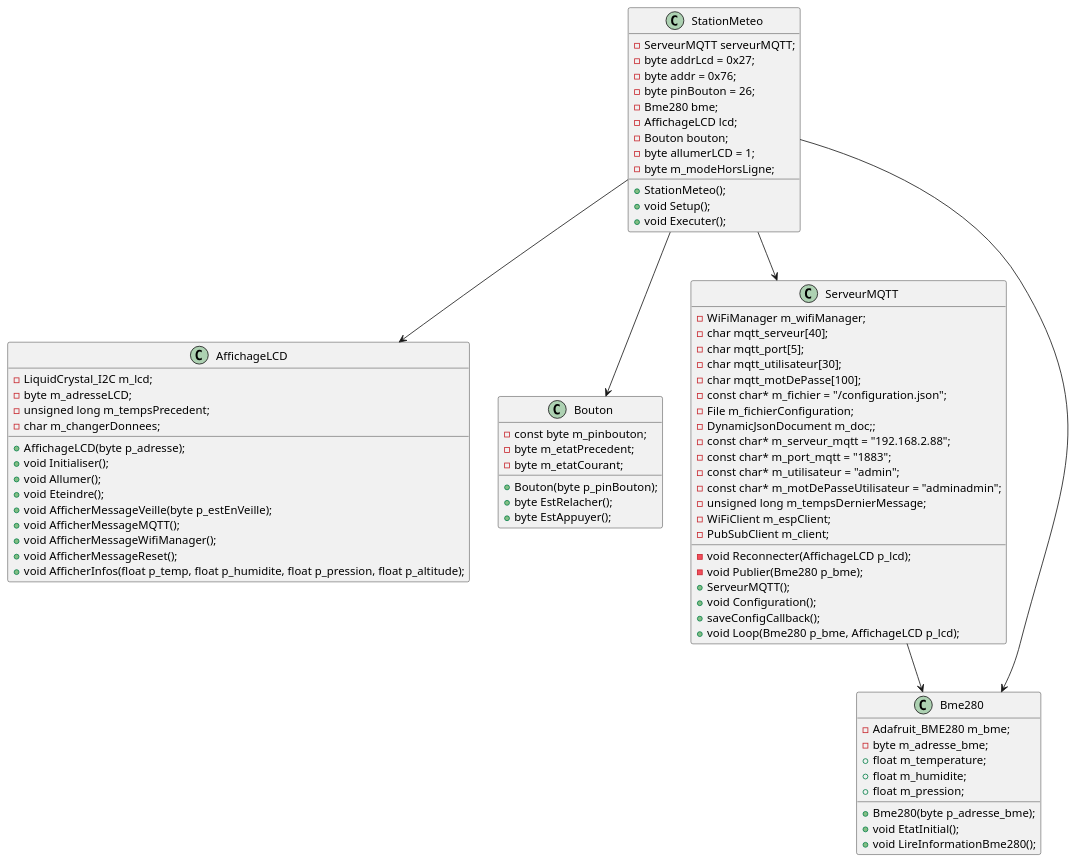
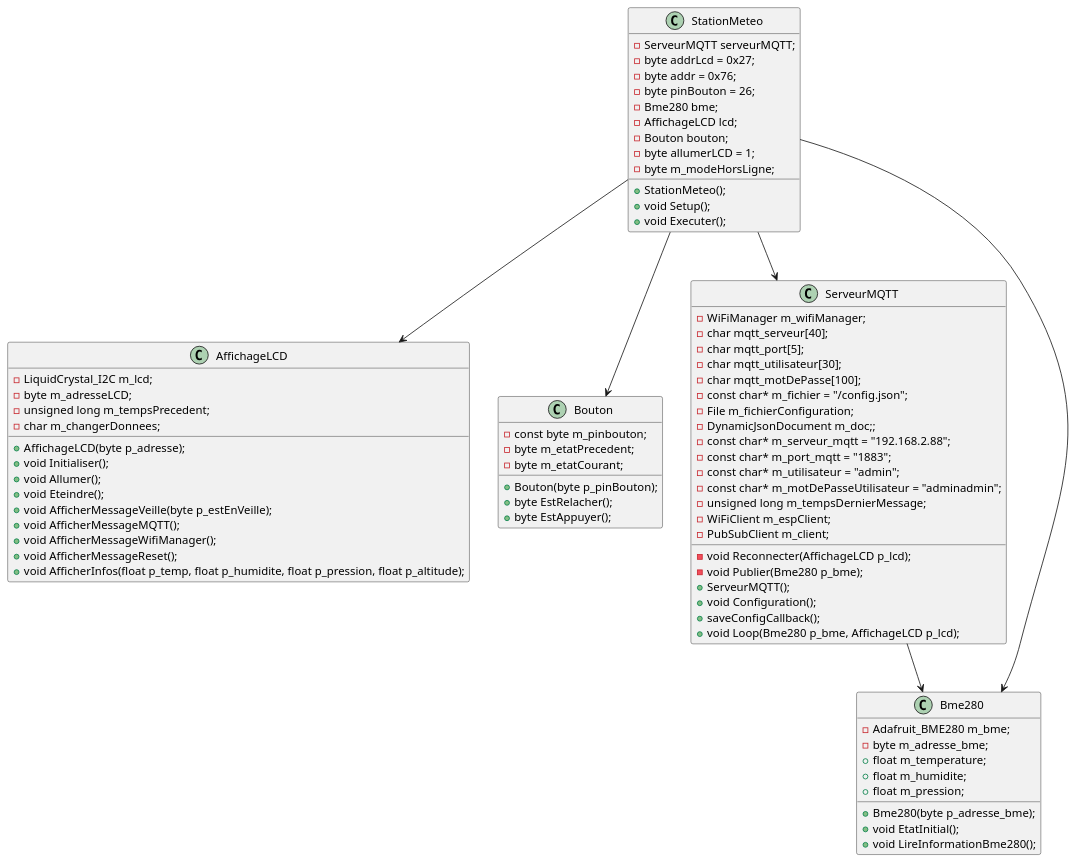
One commit to Keven44977/Station-Meteo-TP3 changed the diagram in DiagrammeDeClasse/DiagrammeStationMeteo.wsd. Above: the diagram before and after it, drawn with PlantUML. The commit also changed 3 other files, not shown here.

Commit message:
modification serveurMQTT pour le fichier config.json

```diff
--- a/DiagrammeDeClasse/DiagrammeStationMeteo.wsd
+++ b/DiagrammeDeClasse/DiagrammeStationMeteo.wsd
@@ -1,88 +1,88 @@
 @startuml StationMeteo
 
 class StationMeteo {
     - ServeurMQTT serveurMQTT;
     - byte addrLcd = 0x27;
     - byte addr = 0x76;
     - byte pinBouton = 26;
     - Bme280 bme;
     - AffichageLCD lcd;
     - Bouton bouton;
     - byte allumerLCD = 1;
     - byte m_modeHorsLigne;
     
     + StationMeteo();
     + void Setup();
     + void Executer();
 }
 
 class Bme280 {
     - Adafruit_BME280 m_bme;
     - byte m_adresse_bme;
     + float m_temperature;
     + float m_humidite;
     + float m_pression;
 
     + Bme280(byte p_adresse_bme);
     + void EtatInitial();
     + void LireInformationBme280();
 }
 
 class AffichageLCD {
     - LiquidCrystal_I2C m_lcd;
     - byte m_adresseLCD;
     - unsigned long m_tempsPrecedent;
     - char m_changerDonnees;
 
     + AffichageLCD(byte p_adresse);
     + void Initialiser();
     + void Allumer();
     + void Eteindre();
     + void AfficherMessageVeille(byte p_estEnVeille);
     + void AfficherMessageMQTT();
     + void AfficherMessageWifiManager();
     + void AfficherMessageReset();
     + void AfficherInfos(float p_temp, float p_humidite, float p_pression, float p_altitude);
 }
 
 class Bouton {
     - const byte m_pinbouton;
     - byte m_etatPrecedent;
     - byte m_etatCourant;
 
     + Bouton(byte p_pinBouton);
     + byte EstRelacher();
     + byte EstAppuyer();
 }
 
 class ServeurMQTT {
     - WiFiManager m_wifiManager;
     - char mqtt_serveur[40];
     - char mqtt_port[5];
     - char mqtt_utilisateur[30];
     - char mqtt_motDePasse[100];
-    - const char* m_fichier = "/configuration.json";
+    - const char* m_fichier = "/config.json";
     - File m_fichierConfiguration;
     - DynamicJsonDocument m_doc;;
     - const char* m_serveur_mqtt = "192.168.2.88";
     - const char* m_port_mqtt = "1883";
     - const char* m_utilisateur = "admin";
     - const char* m_motDePasseUtilisateur = "adminadmin";
     - unsigned long m_tempsDernierMessage;
     - WiFiClient m_espClient;
     - PubSubClient m_client;
 
     - void Reconnecter(AffichageLCD p_lcd);
     - void Publier(Bme280 p_bme);
     + ServeurMQTT();
     + void Configuration();
     + saveConfigCallback();
     + void Loop(Bme280 p_bme, AffichageLCD p_lcd);
 }
 
 ServeurMQTT --> Bme280
 StationMeteo --> ServeurMQTT
 StationMeteo --> AffichageLCD
 Bme280 <-- StationMeteo
 StationMeteo --> Bouton
 @enduml
```
